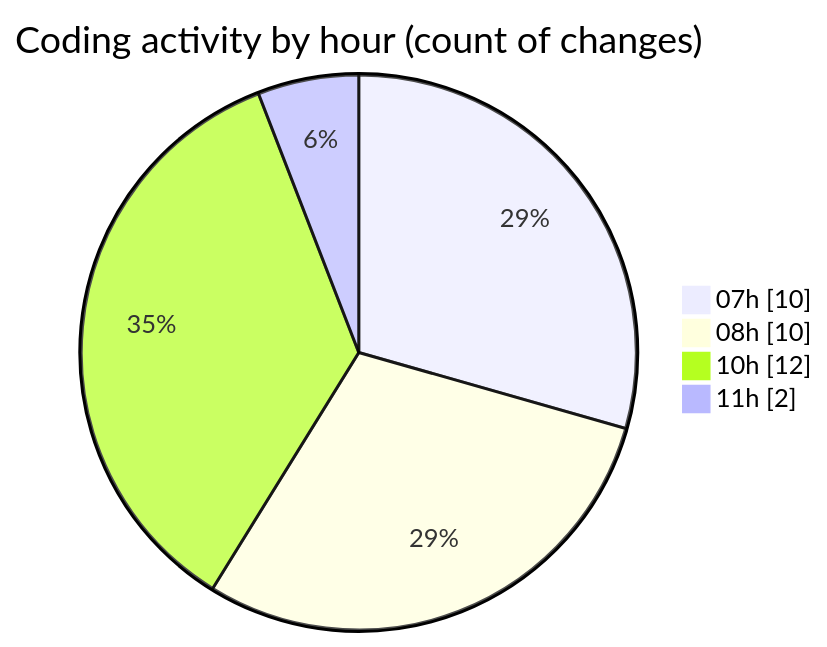
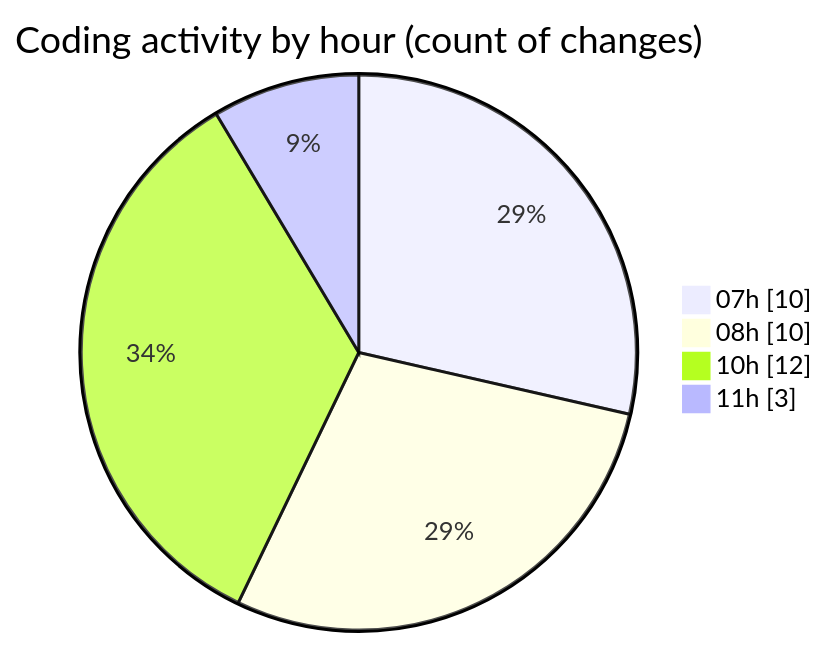
The second of 2 diagrams in 2026-02-08/singularitybrainai/README.md (tmsrecording-cyber/code-tracking), drawn with Mermaid before and after one commit. The commit also changed other lines of this file and 1 other file, not shown here.

````diff
--- a/2026-02-08/singularitybrainai/README.md
+++ b/2026-02-08/singularitybrainai/README.md
@@ -36,8 +36,8 @@
 ```mermaid
 pie showData
 title Coding activity by hour (count of changes)
 "07h" : 10
 "08h" : 10
 "10h" : 12
-"11h" : 2
+"11h" : 3
 ```
````
